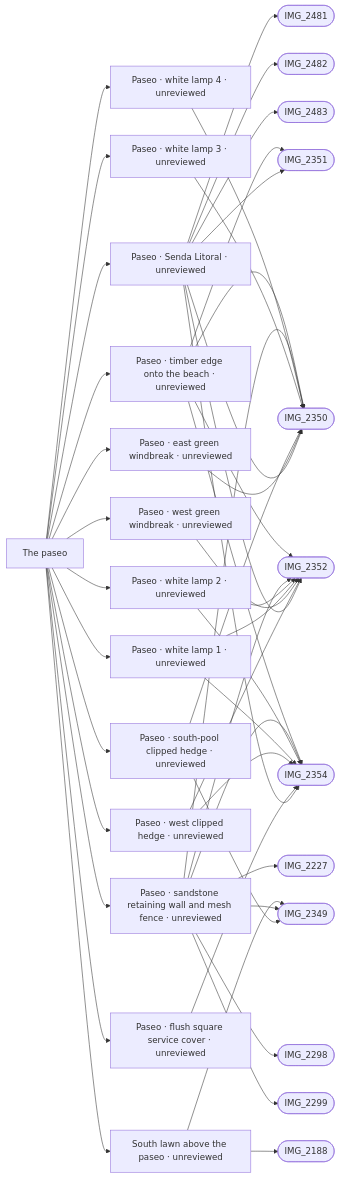
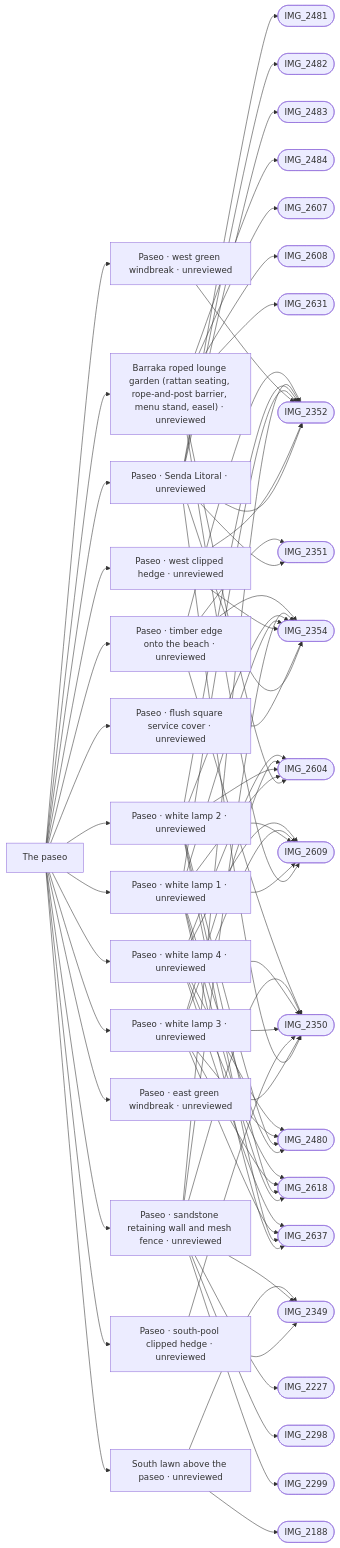
One commit to daveyboyc/villacana-venture changed the diagram in refs/areas/paseo.md. Above: the diagram before and after it, drawn with Mermaid. The commit also changed other lines of this file and 34 other files, not shown here.

First line of the commit message:
Barraka frontage and paseo furniture: reviewed looksAt for the new photo checks, regenerate references

````diff
--- a/refs/areas/paseo.md
+++ b/refs/areas/paseo.md
@@ -47,50 +49,77 @@
 ```mermaid
 graph LR
   A["The paseo"]
   A --> F0["Paseo · Senda Litoral · unreviewed"]
   F0 --> PIMG_2350_jpg(["IMG_2350"])
   F0 --> PIMG_2351_jpg(["IMG_2351"])
   F0 --> PIMG_2352_jpg(["IMG_2352"])
   F0 --> PIMG_2354_jpg(["IMG_2354"])
   F0 --> PIMG_2481_jpg(["IMG_2481"])
   F0 --> PIMG_2482_jpg(["IMG_2482"])
   F0 --> PIMG_2483_jpg(["IMG_2483"])
-  A --> F1["Paseo · east green windbreak · unreviewed"]
-  F1 --> PIMG_2350_jpg(["IMG_2350"])
-  A --> F2["Paseo · south-pool clipped hedge · unreviewed"]
-  F2 --> PIMG_2349_jpg(["IMG_2349"])
+  A --> F1["Barraka roped lounge garden (rattan seating, rope-and-post barrier, menu stand, easel) · unreviewed"]
+  F1 --> PIMG_2484_jpg(["IMG_2484"])
+  F1 --> PIMG_2604_jpg(["IMG_2604"])
+  F1 --> PIMG_2607_jpg(["IMG_2607"])
+  F1 --> PIMG_2608_jpg(["IMG_2608"])
+  F1 --> PIMG_2609_jpg(["IMG_2609"])
+  F1 --> PIMG_2631_jpg(["IMG_2631"])
+  A --> F2["Paseo · east green windbreak · unreviewed"]
   F2 --> PIMG_2350_jpg(["IMG_2350"])
-  A --> F3["Paseo · flush square service cover · unreviewed"]
-  F3 --> PIMG_2354_jpg(["IMG_2354"])
-  A --> F4["Paseo · west clipped hedge · unreviewed"]
-  F4 --> PIMG_2352_jpg(["IMG_2352"])
+  A --> F3["Paseo · south-pool clipped hedge · unreviewed"]
+  F3 --> PIMG_2349_jpg(["IMG_2349"])
+  F3 --> PIMG_2350_jpg(["IMG_2350"])
+  A --> F4["Paseo · flush square service cover · unreviewed"]
   F4 --> PIMG_2354_jpg(["IMG_2354"])
-  A --> F5["Paseo · west green windbreak · unreviewed"]
+  A --> F5["Paseo · west clipped hedge · unreviewed"]
   F5 --> PIMG_2352_jpg(["IMG_2352"])
-  A --> F6["Paseo · white lamp 1 · unreviewed"]
+  F5 --> PIMG_2354_jpg(["IMG_2354"])
+  A --> F6["Paseo · west green windbreak · unreviewed"]
   F6 --> PIMG_2352_jpg(["IMG_2352"])
-  F6 --> PIMG_2354_jpg(["IMG_2354"])
-  A --> F7["Paseo · white lamp 2 · unreviewed"]
+  A --> F7["Paseo · white lamp 1 · unreviewed"]
   F7 --> PIMG_2352_jpg(["IMG_2352"])
   F7 --> PIMG_2354_jpg(["IMG_2354"])
-  A --> F8["Paseo · white lamp 3 · unreviewed"]
-  F8 --> PIMG_2350_jpg(["IMG_2350"])
-  A --> F9["Paseo · white lamp 4 · unreviewed"]
+  F7 --> PIMG_2480_jpg(["IMG_2480"])
+  F7 --> PIMG_2604_jpg(["IMG_2604"])
+  F7 --> PIMG_2609_jpg(["IMG_2609"])
+  F7 --> PIMG_2618_jpg(["IMG_2618"])
+  F7 --> PIMG_2637_jpg(["IMG_2637"])
+  A --> F8["Paseo · white lamp 2 · unreviewed"]
+  F8 --> PIMG_2352_jpg(["IMG_2352"])
+  F8 --> PIMG_2354_jpg(["IMG_2354"])
+  F8 --> PIMG_2480_jpg(["IMG_2480"])
+  F8 --> PIMG_2604_jpg(["IMG_2604"])
+  F8 --> PIMG_2609_jpg(["IMG_2609"])
+  F8 --> PIMG_2618_jpg(["IMG_2618"])
+  F8 --> PIMG_2637_jpg(["IMG_2637"])
+  A --> F9["Paseo · white lamp 3 · unreviewed"]
   F9 --> PIMG_2350_jpg(["IMG_2350"])
-  A --> F10["Paseo · sandstone retaining wall and mesh fence · unreviewed"]
-  F10 --> PIMG_2227_jpg(["IMG_2227"])
-  F10 --> PIMG_2298_jpg(["IMG_2298"])
-  F10 --> PIMG_2299_jpg(["IMG_2299"])
-  F10 --> PIMG_2349_jpg(["IMG_2349"])
+  F9 --> PIMG_2480_jpg(["IMG_2480"])
+  F9 --> PIMG_2604_jpg(["IMG_2604"])
+  F9 --> PIMG_2609_jpg(["IMG_2609"])
+  F9 --> PIMG_2618_jpg(["IMG_2618"])
+  F9 --> PIMG_2637_jpg(["IMG_2637"])
+  A --> F10["Paseo · white lamp 4 · unreviewed"]
   F10 --> PIMG_2350_jpg(["IMG_2350"])
-  F10 --> PIMG_2352_jpg(["IMG_2352"])
-  F10 --> PIMG_2354_jpg(["IMG_2354"])
-  A --> F11["Paseo · timber edge onto the beach · unreviewed"]
+  F10 --> PIMG_2480_jpg(["IMG_2480"])
+  F10 --> PIMG_2604_jpg(["IMG_2604"])
+  F10 --> PIMG_2609_jpg(["IMG_2609"])
+  F10 --> PIMG_2618_jpg(["IMG_2618"])
+  F10 --> PIMG_2637_jpg(["IMG_2637"])
+  A --> F11["Paseo · sandstone retaining wall and mesh fence · unreviewed"]
+  F11 --> PIMG_2227_jpg(["IMG_2227"])
+  F11 --> PIMG_2298_jpg(["IMG_2298"])
+  F11 --> PIMG_2299_jpg(["IMG_2299"])
+  F11 --> PIMG_2349_jpg(["IMG_2349"])
   F11 --> PIMG_2350_jpg(["IMG_2350"])
-  F11 --> PIMG_2351_jpg(["IMG_2351"])
   F11 --> PIMG_2352_jpg(["IMG_2352"])
   F11 --> PIMG_2354_jpg(["IMG_2354"])
-  A --> F12["South lawn above the paseo · unreviewed"]
-  F12 --> PIMG_2188_jpg(["IMG_2188"])
-  F12 --> PIMG_2349_jpg(["IMG_2349"])
+  A --> F12["Paseo · timber edge onto the beach · unreviewed"]
+  F12 --> PIMG_2350_jpg(["IMG_2350"])
+  F12 --> PIMG_2351_jpg(["IMG_2351"])
+  F12 --> PIMG_2352_jpg(["IMG_2352"])
+  F12 --> PIMG_2354_jpg(["IMG_2354"])
+  A --> F13["South lawn above the paseo · unreviewed"]
+  F13 --> PIMG_2188_jpg(["IMG_2188"])
+  F13 --> PIMG_2349_jpg(["IMG_2349"])
 ```
````
